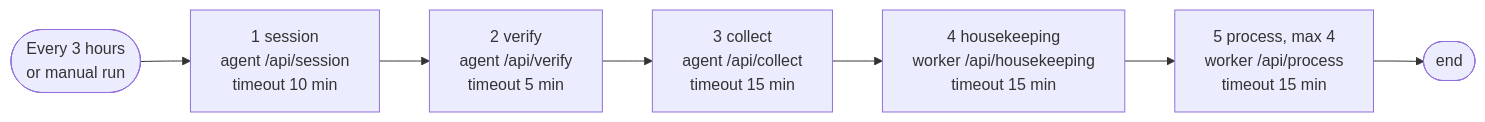
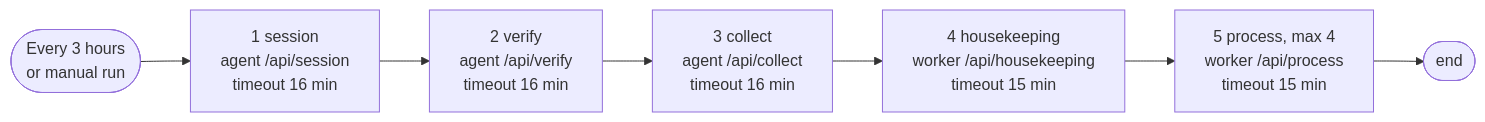
The first of 4 diagrams in docs/WORKFLOWS.md (Thuy200226/trendvn), drawn with Mermaid before and after one commit. The commit also changed other lines of this file and 5 other files, not shown here.

````diff
--- a/docs/WORKFLOWS.md
+++ b/docs/WORKFLOWS.md
@@ -24,9 +24,9 @@
 ```mermaid
 flowchart LR
   T(["Every 3 hours<br/>or manual run"]) --> S
-  S["1 session<br/>agent /api/session<br/>timeout 10 min"] --> V
-  V["2 verify<br/>agent /api/verify<br/>timeout 5 min"] --> C
-  C["3 collect<br/>agent /api/collect<br/>timeout 15 min"] --> H
+  S["1 session<br/>agent /api/session<br/>timeout 16 min"] --> V
+  V["2 verify<br/>agent /api/verify<br/>timeout 16 min"] --> C
+  C["3 collect<br/>agent /api/collect<br/>timeout 16 min"] --> H
   H["4 housekeeping<br/>worker /api/housekeeping<br/>timeout 15 min"] --> P
   P["5 process, max 4<br/>worker /api/process<br/>timeout 15 min"] --> E(["end"])
 ```
````
